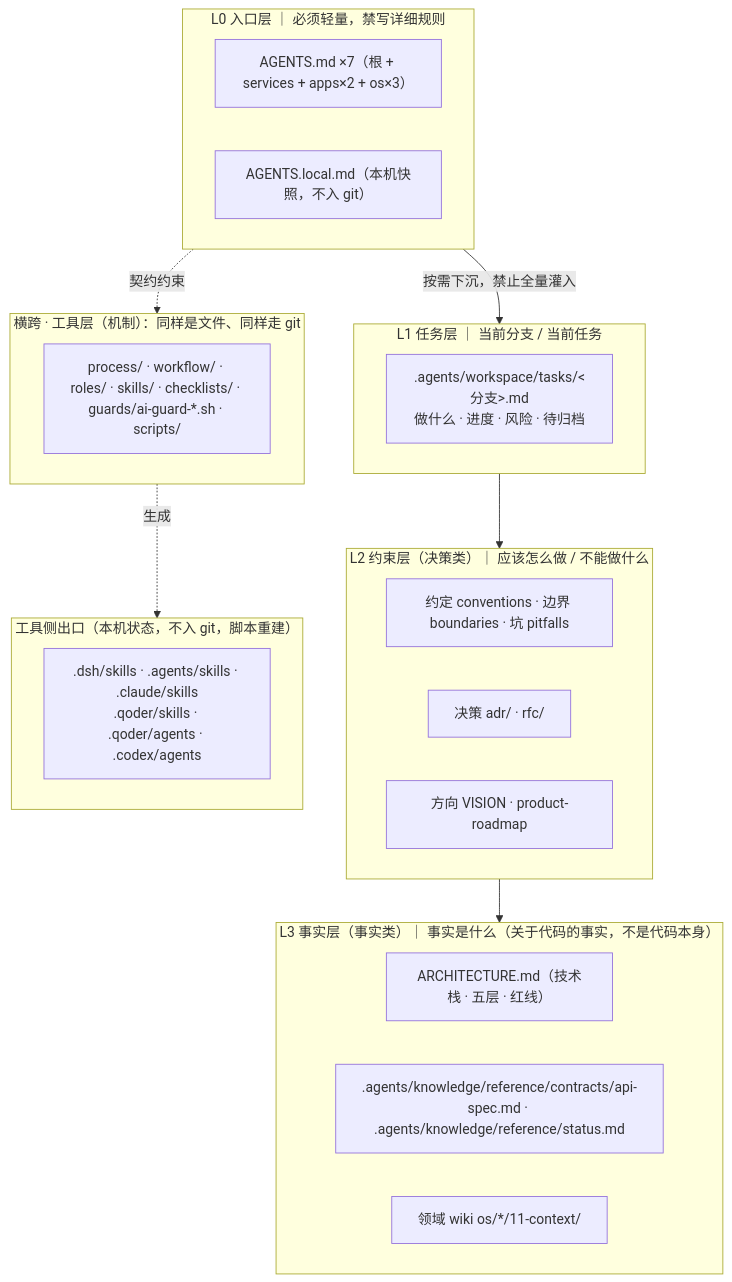
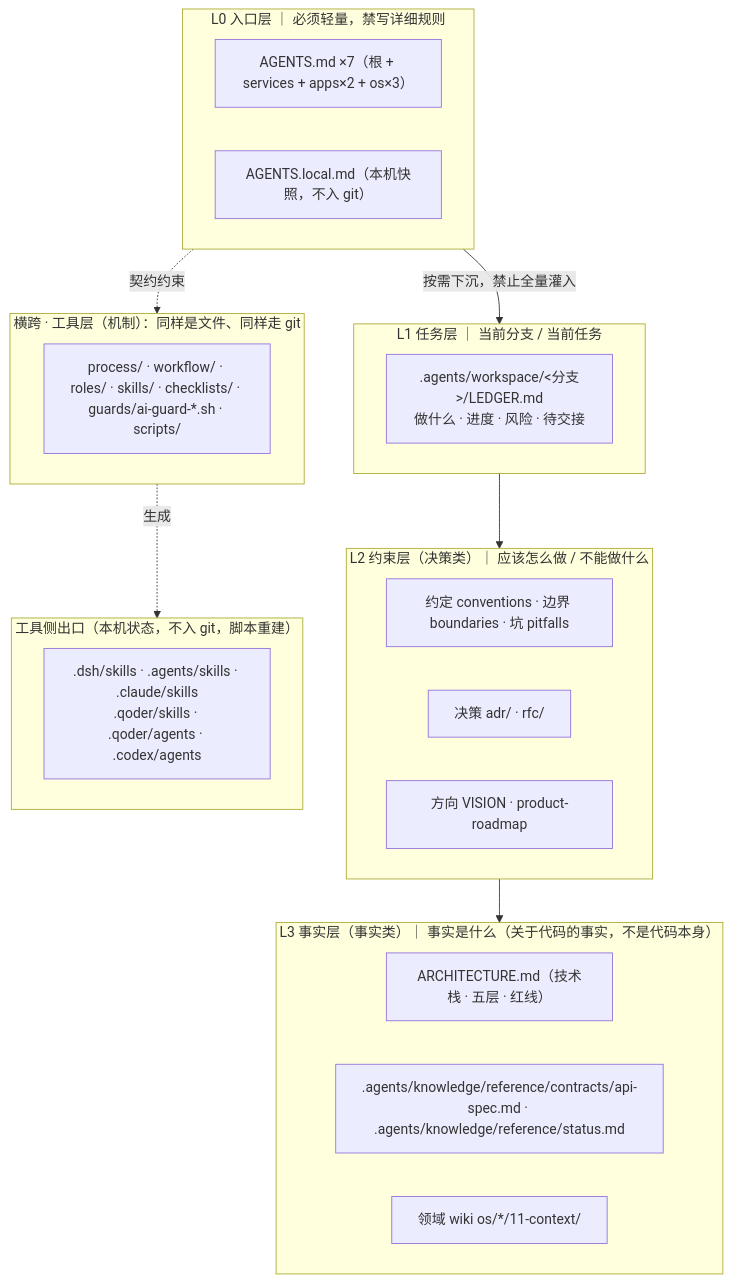
Before and after one commit to adaios/adaios: the first of 9 diagrams in .agents/rules/assets/ai-context-engineering.md, drawn with Mermaid. The commit also changed other lines of this file and 78 other files, not shown here.

````diff
--- a/.agents/rules/assets/ai-context-engineering.md
+++ b/.agents/rules/assets/ai-context-engineering.md
@@ -27,31 +27,31 @@
 ```mermaid
 flowchart TB
     subgraph L0["L0 入口层 ｜ 必须轻量，禁写详细规则"]
         A1["AGENTS.md ×7（根 + services + apps×2 + os×3）"]
         A2["AGENTS.local.md（本机快照，不入 git）"]
     end
     subgraph L1["L1 任务层 ｜ 当前分支 / 当前任务"]
-        B1[".agents/workspace/tasks/&lt;分支&gt;.md<br/>做什么 · 进度 · 风险 · 待归档"]
+        B1[".agents/workspace/&lt;分支&gt;/LEDGER.md<br/>做什么 · 进度 · 风险 · 待交接"]
     end
     subgraph L2["L2 约束层（决策类）｜ 应该怎么做 / 不能做什么"]
         C1["约定 conventions · 边界 boundaries · 坑 pitfalls"]
         C2["决策 adr/ · rfc/"]
         C3["方向 VISION · product-roadmap"]
     end
     subgraph L3["L3 事实层（事实类）｜ 事实是什么（关于代码的事实，不是代码本身）"]
         D1["ARCHITECTURE.md（技术栈 · 五层 · 红线）"]
         D2[".agents/knowledge/reference/contracts/api-spec.md · .agents/knowledge/reference/status.md"]
         D3["领域 wiki os/*/11-context/"]
     end
     subgraph TOOL["横跨 · 工具层（机制）：同样是文件、同样走 git"]
         E1["process/ · workflow/ · roles/ · skills/ · checklists/ · guards/ai-guard-*.sh · scripts/"]
     end
     subgraph OUT["工具侧出口（本机状态，不入 git，脚本重建）"]
         F1[".dsh/skills · .agents/skills · .claude/skills<br/>.qoder/skills · .qoder/agents · .codex/agents"]
     end
     L0 -->|按需下沉，禁止全量灌入| L1
     L1 --> L2
     L2 --> L3
     TOOL -.->|生成| OUT
     L0 -.->|契约约束| TOOL
 ```
````
